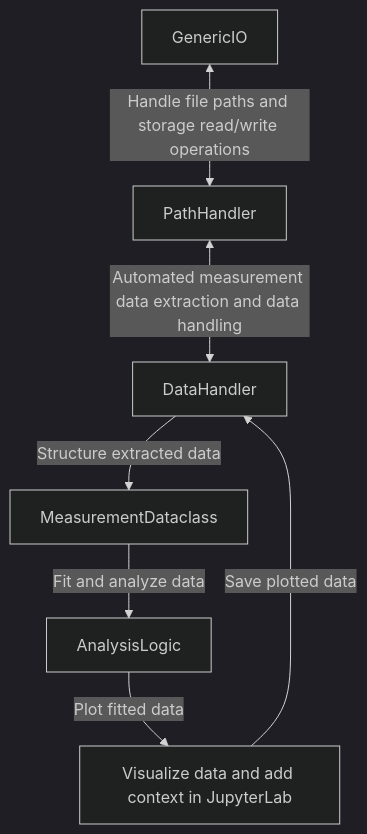
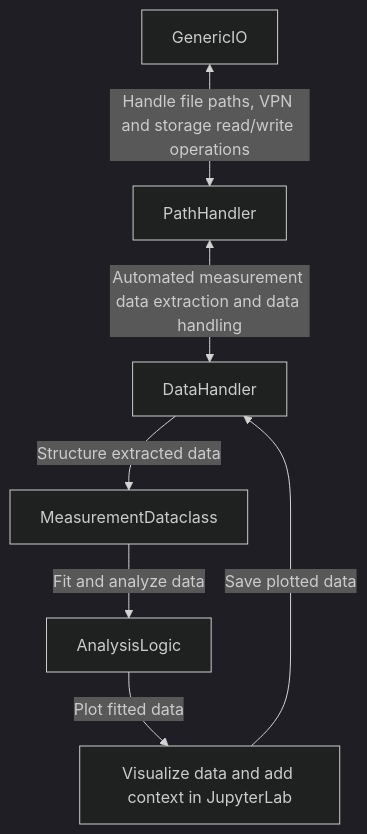
Before and after one commit to dineshpinto/qudi-hira-analysis: the diagram in README.md, drawn with Mermaid (dark theme). The commit also changed other lines of this file, not shown here.

````diff
--- a/README.md
+++ b/README.md
@@ -16,9 +17,9 @@
 ```mermaid
 flowchart TD;
-    GenericIO<-- Handle file paths and storage read/write operations -->PathHandler;
+    GenericIO<-- Handle file paths, VPN and storage read/write operations -->PathHandler;
     PathHandler<-- Automated measurement data extraction and data handling -->DataHandler;
     DataHandler-- Structure extracted data -->MeasurementDataclass;
     MeasurementDataclass-- Fit and analyze data -->AnalysisLogic;
     AnalysisLogic-- Plot fitted data --> Plot[Visualize data and add context in JupyterLab];
     Plot-- Save plotted data --> DataHandler;
 ```
````
